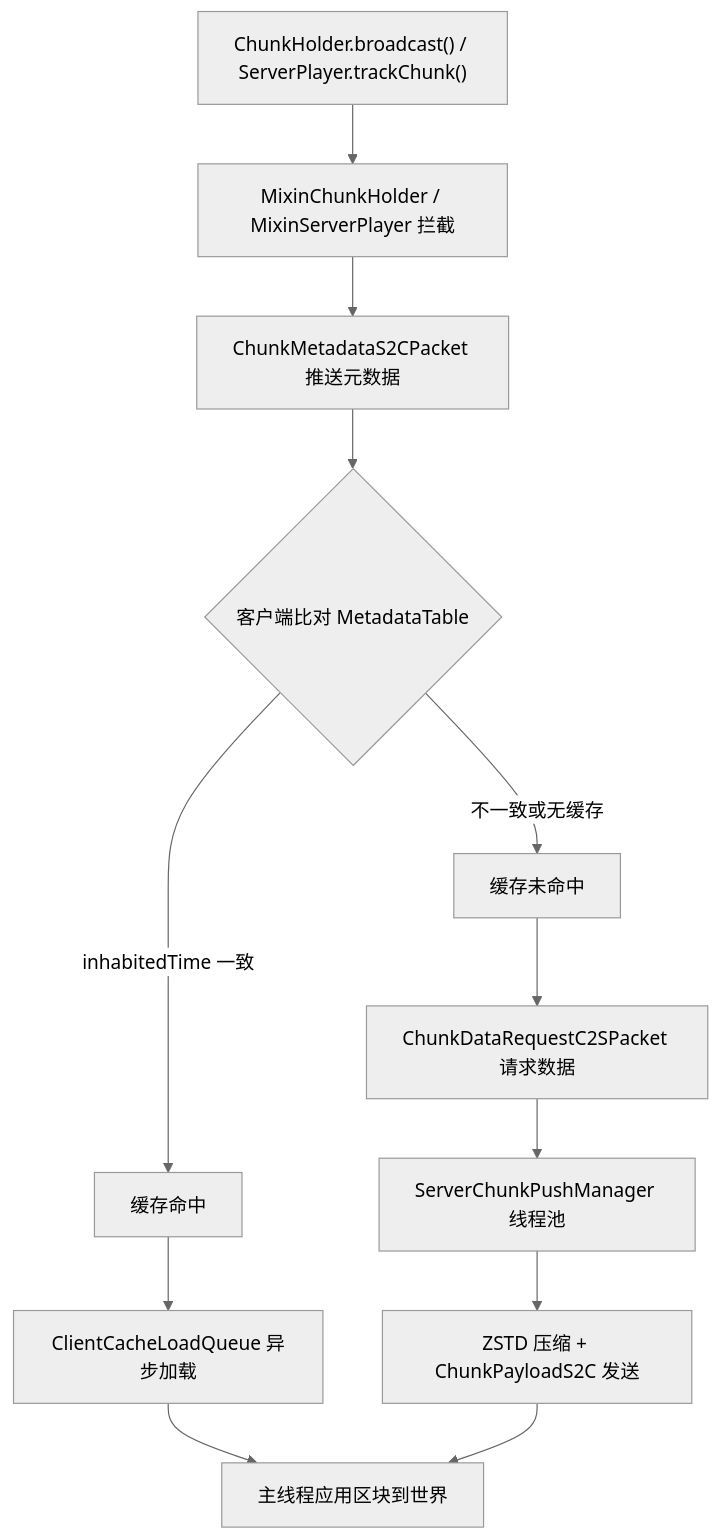
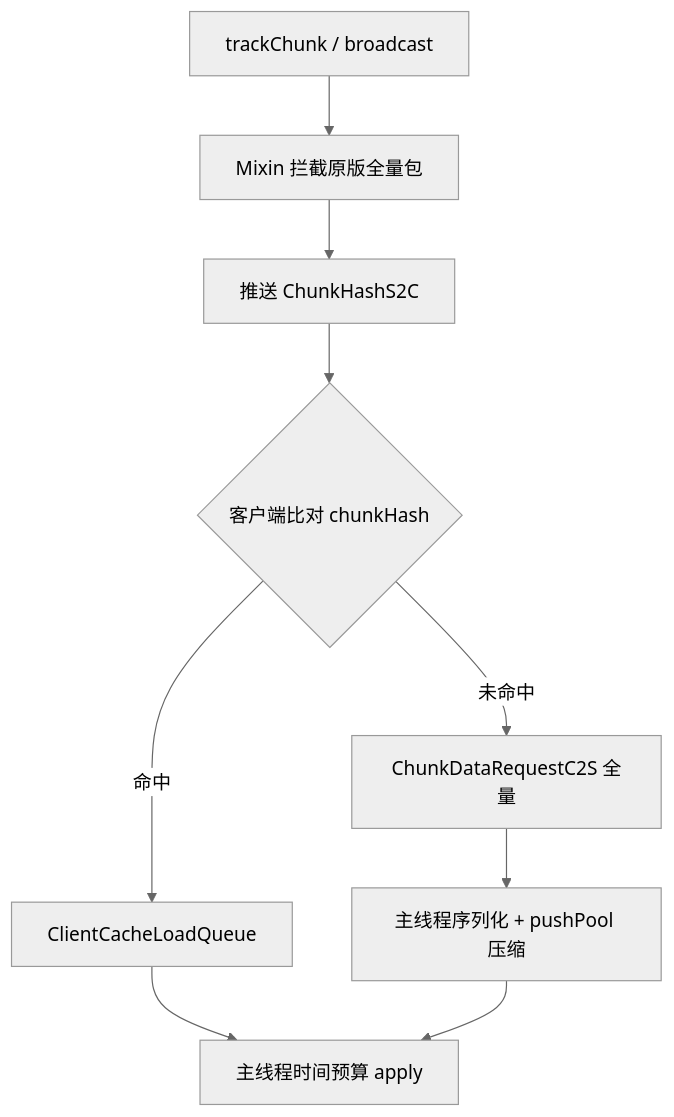
One commit to limuqy/Hassium changed the diagram in README.md. Above: the diagram before and after it, drawn with Mermaid (neutral theme). The commit also changed other lines of this file and 74 other files, not shown here.

````diff
--- a/README.md
+++ b/README.md
@@ -197,18 +98,15 @@
 ```mermaid
 flowchart TD
-    trigger["ChunkHolder.broadcast() / ServerPlayer.trackChunk()"]
-    mixin["MixinChunkHolder / MixinServerPlayer 拦截"]
-    metadata["ChunkMetadataS2CPacket 推送元数据"]
-    compare{"客户端比对 MetadataTable"}
-    cacheHit["缓存命中"]
-    cacheMiss["缓存未命中"]
-    loadQueue["ClientCacheLoadQueue 异步加载"]
-    request["ChunkDataRequestC2SPacket 请求数据"]
-    pushMgr["ServerChunkPushManager 线程池"]
-    compress["ZSTD 压缩 + ChunkPayloadS2C 发送"]
-    apply["主线程应用区块到世界"]
+    trigger["trackChunk / broadcast"]
+    mixin["Mixin 拦截原版全量包"]
+    hash["推送 ChunkHashS2C"]
+    compare{"客户端比对 chunkHash"}
+    hit["ClientCacheLoadQueue"]
+    miss["ChunkDataRequestC2S 全量"]
+    push["主线程序列化 + pushPool 压缩"]
+    apply["主线程时间预算 apply"]
 
-    trigger --> mixin --> metadata --> compare
-    compare -->|inhabitedTime 一致| cacheHit --> loadQueue --> apply
-    compare -->|不一致或无缓存| cacheMiss --> request --> pushMgr --> compress --> apply
+    trigger --> mixin --> hash --> compare
+    compare -->|命中| hit --> apply
+    compare -->|未命中| miss --> push --> apply
 ```
````
